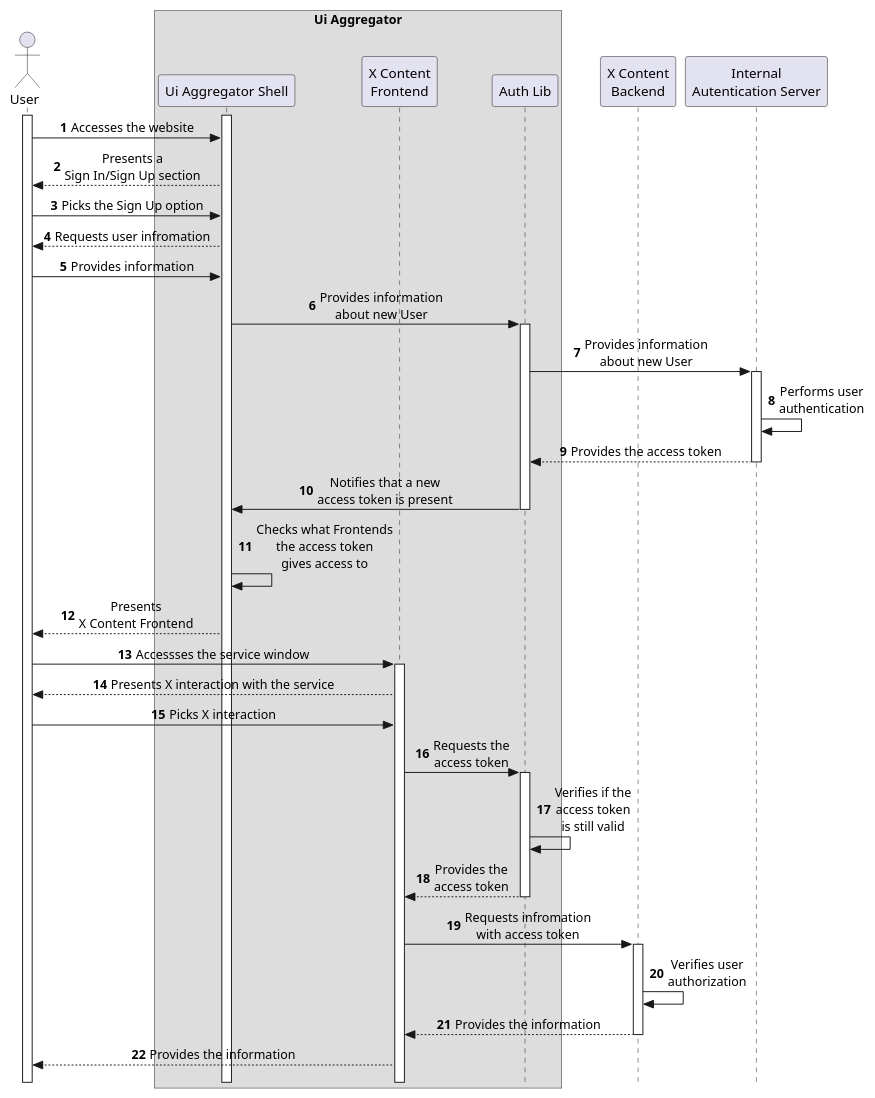
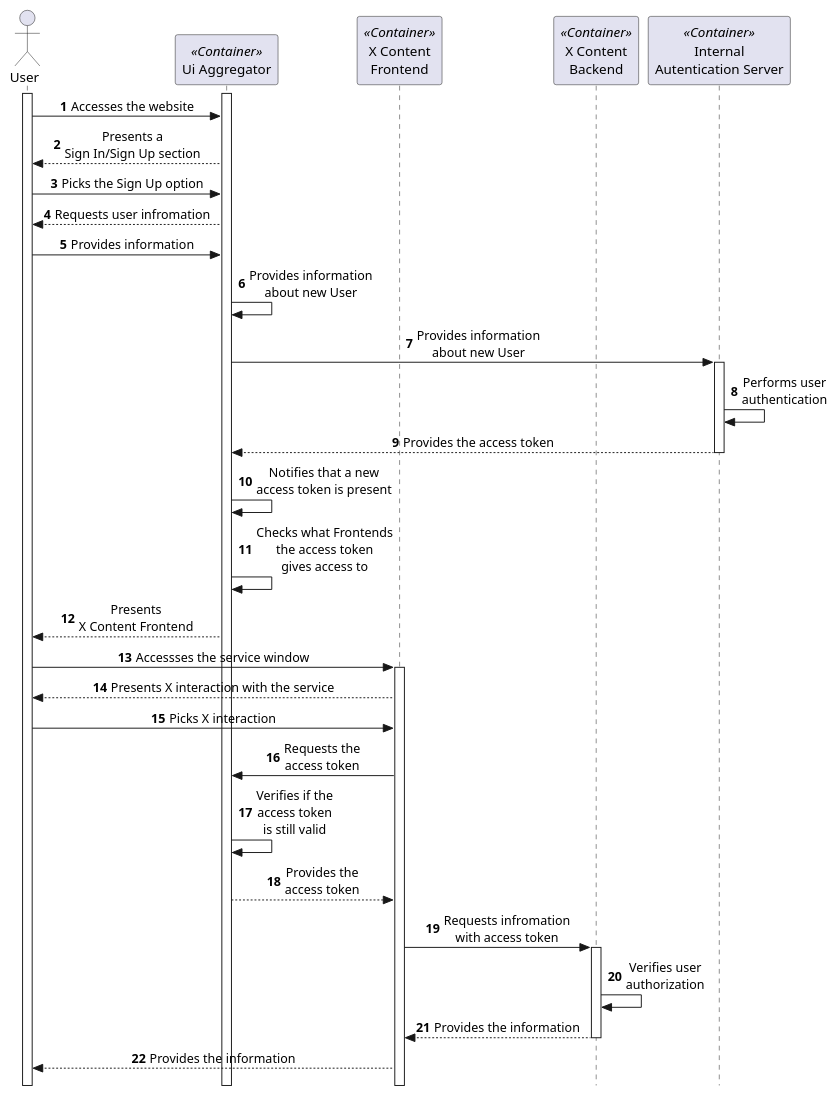
One commit to FilipeMCruz/dissertation changed the diagram in assets/diagrams/design/alternatives/auth/alternative1.pu. Above: the diagram before and after it, drawn with PlantUML. The commit also changed 165 other files, not shown here.

Commit message:
Fixed level 3 of design and some diagrams here and there

```diff
--- a/assets/diagrams/design/alternatives/auth/alternative1.pu
+++ b/assets/diagrams/design/alternatives/auth/alternative1.pu
@@ -1,54 +1,47 @@
 @startuml alternative1
 
 skinparam sequenceMessageAlign center
 skinparam style strictuml
 autonumber 1
 !pragma teoz true
 
 actor User
 
-box "Ui Aggregator"
-participant "Ui Aggregator Shell" as AGGRE
-participant "X Content\nFrontend" as XFRONT
-participant "Auth Lib" as AUTHLIB
-end box
+participant "Ui Aggregator" as AGGRE <<Container>>
+participant "X Content\nFrontend" as XFRONT <<Container>>
 
-participant "X Content\nBackend" as XBACK
+participant "X Content\nBackend" as XBACK <<Container>>
 
-participant "Internal\nAutentication Server" as AUTHSERVER
+participant "Internal\nAutentication Server" as AUTHSERVER <<Container>>
 
 activate AGGRE
 activate User
 
 User -> AGGRE: Accesses the website
 AGGRE --> User: Presents a\nSign In/Sign Up section
 User -> AGGRE: Picks the Sign Up option
 AGGRE --> User: Requests user infromation
 User -> AGGRE: Provides information
-AGGRE -> AUTHLIB: Provides information\nabout new User
-activate AUTHLIB
-AUTHLIB -> AUTHSERVER: Provides information\nabout new User
+AGGRE -> AGGRE: Provides information\nabout new User
+AGGRE -> AUTHSERVER: Provides information\nabout new User
 activate AUTHSERVER
 AUTHSERVER -> AUTHSERVER: Performs user\nauthentication
-AUTHSERVER --> AUTHLIB: Provides the access token
+AUTHSERVER --> AGGRE: Provides the access token
 deactivate AUTHSERVER
-AUTHLIB -> AGGRE: Notifies that a new\naccess token is present
-deactivate AUTHLIB
+AGGRE -> AGGRE: Notifies that a new\naccess token is present
 AGGRE -> AGGRE: Checks what Frontends\nthe access token\ngives access to
 AGGRE --> User: Presents\nX Content Frontend
 User -> XFRONT: Accessses the service window
 activate XFRONT
 XFRONT --> User: Presents X interaction with the service
 User -> XFRONT: Picks X interaction
-XFRONT -> AUTHLIB: Requests the\naccess token
-activate AUTHLIB
-AUTHLIB -> AUTHLIB: Verifies if the\naccess token\nis still valid
-AUTHLIB --> XFRONT: Provides the\naccess token
-deactivate AUTHLIB
+XFRONT -> AGGRE: Requests the\naccess token
+AGGRE -> AGGRE: Verifies if the\naccess token\nis still valid
+AGGRE --> XFRONT: Provides the\naccess token
 XFRONT -> XBACK: Requests infromation\nwith access token
 activate XBACK
 XBACK -> XBACK: Verifies user\nauthorization
 XBACK --> XFRONT: Provides the information
 deactivate XBACK
 XFRONT --> User: Provides the information
 @enduml
```
